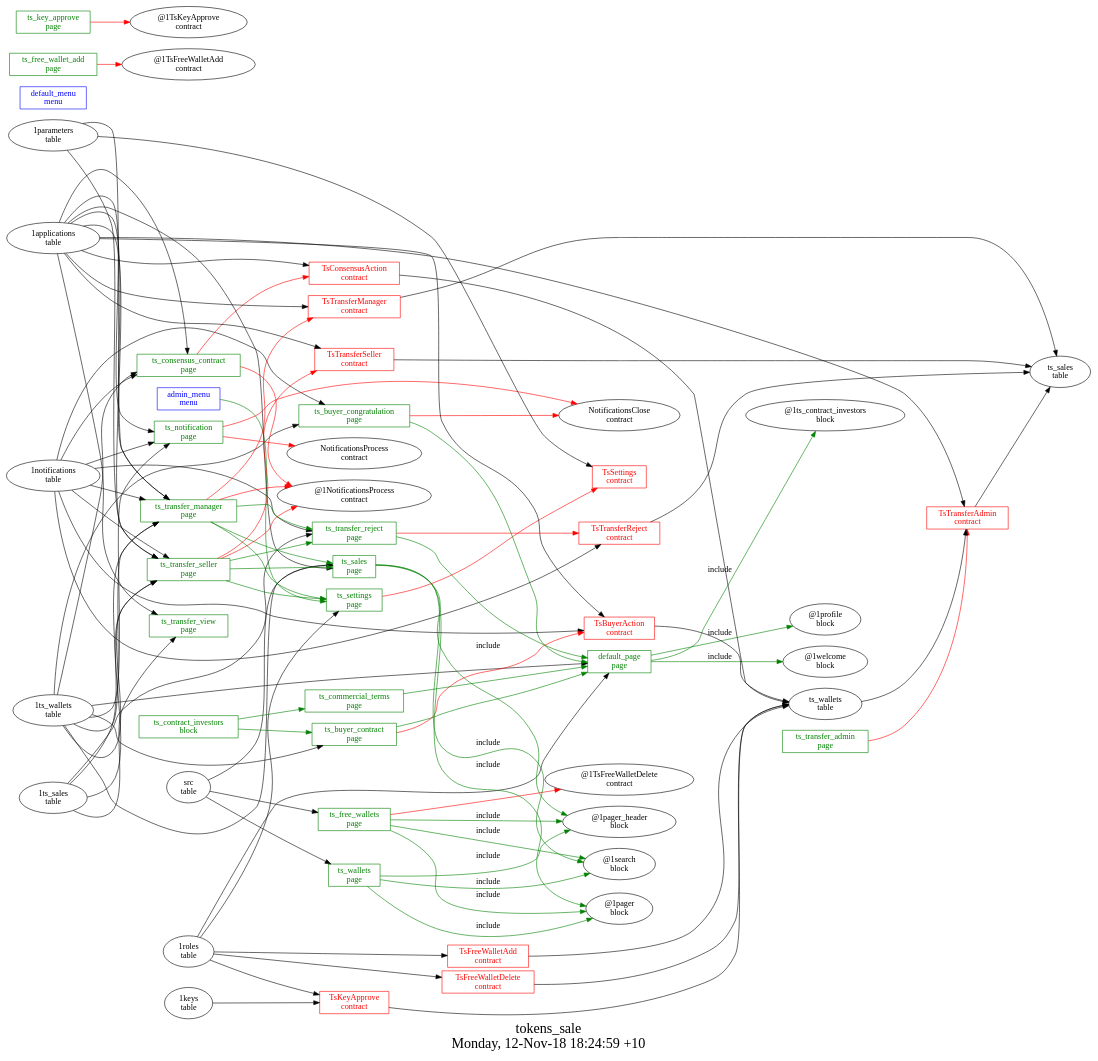
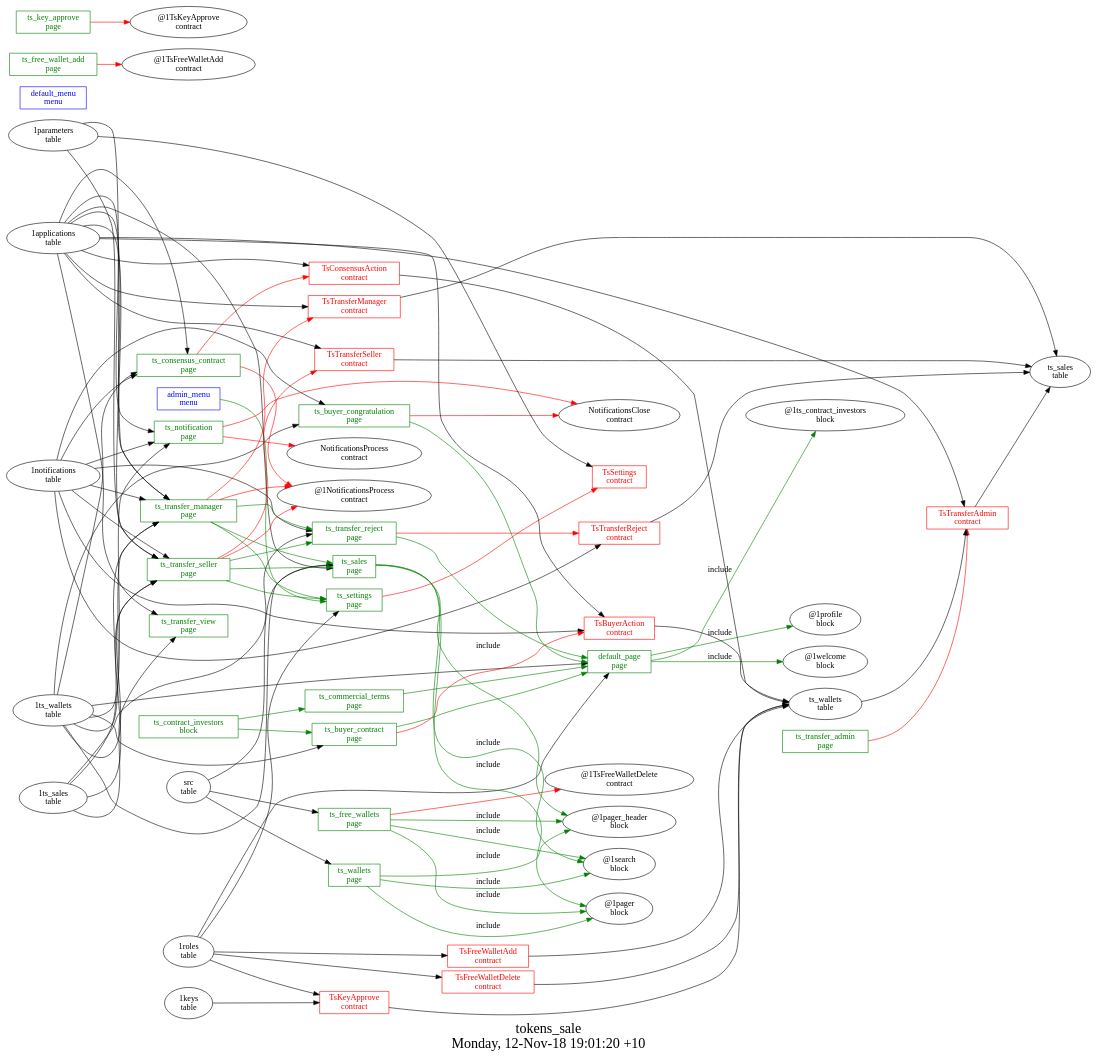
One commit to AplaProject/apps changed the diagram in other/tokens_sale/struct.dot. Above: the diagram before and after it, drawn with Graphviz. The commit also changed 6 other files, not shown here.

```diff
--- a/other/tokens_sale/struct.dot
+++ b/other/tokens_sale/struct.dot
@@ -1,134 +1,134 @@
 digraph G {
 fontsize="24";
-label="tokens_sale\nMonday, 12-Nov-18 18:24:59 +10";
+label="tokens_sale\nMonday, 12-Nov-18 19:01:20 +10";
 nojustify=true;
 ordering=out;
 rankdir=LR;
 size="30";
 "admin_menu\nmenu" -> "ts_settings\npage"  [ color=green ]
 "admin_menu\nmenu" [color=blue, fontcolor=blue, group=menus, shape=record];
 "default_menu\nmenu" [color=blue, fontcolor=blue, group=menus, shape=record];
 "1ts_wallets\ntable" -> "default_page\npage"
 "1roles\ntable" -> "default_page\npage"
 "default_page\npage" -> "@1ts_contract_investors\nblock"  [ color=green, label=include ]
 "default_page\npage" -> "@1profile\nblock"  [ color=green, label=include ]
 "default_page\npage" -> "@1welcome\nblock"  [ color=green, label=include ]
 "default_page\npage" [color=green, fontcolor=green, group=pages, shape=record];
 "ts_buyer_congratulation\npage" -> "NotificationsClose\ncontract"  [ color=red ]
 "1ts_wallets\ntable" -> "ts_buyer_congratulation\npage"
 "1notifications\ntable" -> "ts_buyer_congratulation\npage"
 "ts_buyer_congratulation\npage" -> "default_page\npage"  [ color=green ]
 "ts_buyer_congratulation\npage" [color=green, fontcolor=green, group=pages, shape=record];
 "ts_buyer_contract\npage" -> "TsBuyerAction\ncontract"  [ color=red ]
 "1ts_wallets\ntable" -> "ts_buyer_contract\npage"
 "ts_buyer_contract\npage" -> "default_page\npage"  [ color=green ]
 "ts_buyer_contract\npage" [color=green, fontcolor=green, group=pages, shape=record];
 "ts_commercial_terms\npage" -> "default_page\npage"  [ color=green ]
 "ts_commercial_terms\npage" [color=green, fontcolor=green, group=pages, shape=record];
 "ts_consensus_contract\npage" -> "TsConsensusAction\ncontract"  [ color=red ]
 "ts_consensus_contract\npage" -> "@1NotificationsProcess\ncontract"  [ color=red ]
 "1applications\ntable" -> "ts_consensus_contract\npage"
 "1notifications\ntable" -> "ts_consensus_contract\npage"
 "1ts_wallets\ntable" -> "ts_consensus_contract\npage"
 "ts_consensus_contract\npage" [color=green, fontcolor=green, group=pages, shape=record];
 "ts_free_wallet_add\npage" -> "@1TsFreeWalletAdd\ncontract"  [ color=red ]
 "ts_free_wallet_add\npage" [color=green, fontcolor=green, group=pages, shape=record];
 "ts_free_wallets\npage" -> "@1TsFreeWalletDelete\ncontract"  [ color=red ]
 "src\ntable" -> "ts_free_wallets\npage"
 "ts_free_wallets\npage" -> "@1pager_header\nblock"  [ color=green, label=include ]
 "ts_free_wallets\npage" -> "@1search\nblock"  [ color=green, label=include ]
 "ts_free_wallets\npage" -> "@1pager\nblock"  [ color=green, label=include ]
 "ts_free_wallets\npage" [color=green, fontcolor=green, group=pages, shape=record];
 "ts_key_approve\npage" -> "@1TsKeyApprove\ncontract"  [ color=red ]
 "ts_key_approve\npage" [color=green, fontcolor=green, group=pages, shape=record];
 "ts_notification\npage" -> "NotificationsClose\ncontract"  [ color=red ]
 "ts_notification\npage" -> "NotificationsProcess\ncontract"  [ color=red ]
 "1applications\ntable" -> "ts_notification\npage"
 "1notifications\ntable" -> "ts_notification\npage"
 "1ts_wallets\ntable" -> "ts_notification\npage"
 "ts_notification\npage" [color=green, fontcolor=green, group=pages, shape=record];
 "1applications\ntable" -> "ts_sales\npage"
 "src\ntable" -> "ts_sales\npage"
 "1ts_wallets\ntable" -> "ts_sales\npage"
 "ts_sales\npage" -> "@1pager_header\nblock"  [ color=green, label=include ]
 "ts_sales\npage" -> "@1search\nblock"  [ color=green, label=include ]
 "ts_sales\npage" -> "@1pager\nblock"  [ color=green, label=include ]
 "ts_sales\npage" [color=green, fontcolor=green, group=pages, shape=record];
 "ts_settings\npage" -> "TsSettings\ncontract"  [ color=red ]
 "1roles\ntable" -> "ts_settings\npage"
 "ts_settings\npage" [color=green, fontcolor=green, group=pages, shape=record];
 "ts_transfer_admin\npage" -> "TsTransferAdmin\ncontract"  [ color=red ]
 "ts_transfer_admin\npage" [color=green, fontcolor=green, group=pages, shape=record];
 "ts_transfer_manager\npage" -> "TsTransferManager\ncontract"  [ color=red ]
 "ts_transfer_manager\npage" -> "@1NotificationsProcess\ncontract"  [ color=red ]
 "1applications\ntable" -> "ts_transfer_manager\npage"
 "1notifications\ntable" -> "ts_transfer_manager\npage"
 "1ts_sales\ntable" -> "ts_transfer_manager\npage"
 "1ts_wallets\ntable" -> "ts_transfer_manager\npage"
 "1parameters\ntable" -> "ts_transfer_manager\npage"
 "ts_transfer_manager\npage" -> "ts_transfer_reject\npage"  [ color=green ]
 "ts_transfer_manager\npage" -> "ts_sales\npage"  [ color=green ]
 "ts_transfer_manager\npage" -> "ts_settings\npage"  [ color=green ]
 "ts_transfer_manager\npage" [color=green, fontcolor=green, group=pages, shape=record];
 "ts_transfer_reject\npage" -> "TsTransferReject\ncontract"  [ color=red ]
 "1notifications\ntable" -> "ts_transfer_reject\npage"
 "1ts_sales\ntable" -> "ts_transfer_reject\npage"
 "ts_transfer_reject\npage" -> "default_page\npage"  [ color=green ]
 "ts_transfer_reject\npage" [color=green, fontcolor=green, group=pages, shape=record];
 "ts_transfer_seller\npage" -> "TsTransferSeller\ncontract"  [ color=red ]
 "ts_transfer_seller\npage" -> "@1NotificationsProcess\ncontract"  [ color=red ]
 "1applications\ntable" -> "ts_transfer_seller\npage"
 "1notifications\ntable" -> "ts_transfer_seller\npage"
 "1ts_sales\ntable" -> "ts_transfer_seller\npage"
 "1ts_wallets\ntable" -> "ts_transfer_seller\npage"
 "1parameters\ntable" -> "ts_transfer_seller\npage"
 "ts_transfer_seller\npage" -> "ts_transfer_reject\npage"  [ color=green ]
 "ts_transfer_seller\npage" -> "ts_sales\npage"  [ color=green ]
 "ts_transfer_seller\npage" -> "ts_settings\npage"  [ color=green ]
 "ts_transfer_seller\npage" [color=green, fontcolor=green, group=pages, shape=record];
 "1applications\ntable" -> "ts_transfer_view\npage"
 "1ts_sales\ntable" -> "ts_transfer_view\npage"
 "ts_transfer_view\npage" [color=green, fontcolor=green, group=pages, shape=record];
 "src\ntable" -> "ts_wallets\npage"
 "ts_wallets\npage" -> "@1pager_header\nblock"  [ color=green, label=include ]
 "ts_wallets\npage" -> "@1search\nblock"  [ color=green, label=include ]
 "ts_wallets\npage" -> "@1pager\nblock"  [ color=green, label=include ]
 "ts_wallets\npage" [color=green, fontcolor=green, group=pages, shape=record];
 "ts_contract_investors\nblock" -> "ts_commercial_terms\npage"  [ color=green ]
 "ts_contract_investors\nblock" -> "ts_buyer_contract\npage"  [ color=green ]
 "ts_contract_investors\nblock" [color=green, fontcolor=green, group=blocks, shape=record];
 "TsBuyerAction\ncontract" -> "ts_wallets\ntable"  [ color="" ]
 "1applications\ntable" -> "TsBuyerAction\ncontract"
 "1notifications\ntable" -> "TsBuyerAction\ncontract"
 "TsBuyerAction\ncontract" [color=red, fontcolor=red, group=contracts, shape=record];
 "TsConsensusAction\ncontract" -> "ts_wallets\ntable"  [ color="" ]
 "1applications\ntable" -> "TsConsensusAction\ncontract"
 "TsConsensusAction\ncontract" [color=red, fontcolor=red, group=contracts, shape=record];
 "TsFreeWalletAdd\ncontract" -> "ts_wallets\ntable"  [ color="" ]
 "1roles\ntable" -> "TsFreeWalletAdd\ncontract"
 "TsFreeWalletAdd\ncontract" [color=red, fontcolor=red, group=contracts, shape=record];
 "TsFreeWalletDelete\ncontract" -> "ts_wallets\ntable"  [ color="" ]
 "1roles\ntable" -> "TsFreeWalletDelete\ncontract"
 "TsFreeWalletDelete\ncontract" [color=red, fontcolor=red, group=contracts, shape=record];
 "TsKeyApprove\ncontract" -> "ts_wallets\ntable"  [ color="" ]
 "1keys\ntable" -> "TsKeyApprove\ncontract"
 "1roles\ntable" -> "TsKeyApprove\ncontract"
 "TsKeyApprove\ncontract" [color=red, fontcolor=red, group=contracts, shape=record];
 "1parameters\ntable" -> "TsSettings\ncontract"
 "TsSettings\ncontract" [color=red, fontcolor=red, group=contracts, shape=record];
 "TsTransferAdmin\ncontract" -> "ts_sales\ntable"  [ color="" ]
 "1applications\ntable" -> "TsTransferAdmin\ncontract"
 "ts_wallets\ntable" -> "TsTransferAdmin\ncontract"
 "TsTransferAdmin\ncontract" [color=red, fontcolor=red, group=contracts, shape=record];
 "TsTransferManager\ncontract" -> "ts_sales\ntable"  [ color="" ]
 "1applications\ntable" -> "TsTransferManager\ncontract"
 "TsTransferManager\ncontract" [color=red, fontcolor=red, group=contracts, shape=record];
 "TsTransferReject\ncontract" -> "ts_sales\ntable"  [ color="" ]
 "1notifications\ntable" -> "TsTransferReject\ncontract"
 "TsTransferReject\ncontract" [color=red, fontcolor=red, group=contracts, shape=record];
 "TsTransferSeller\ncontract" -> "ts_sales\ntable"  [ color="" ]
 "1applications\ntable" -> "TsTransferSeller\ncontract"
 "TsTransferSeller\ncontract" [color=red, fontcolor=red, group=contracts, shape=record];
 "ts_sales\ntable" [color="", fontcolor="", group=tables, shape=""];
 "ts_wallets\ntable" [color="", fontcolor="", group=tables, shape=""];
 }
```
